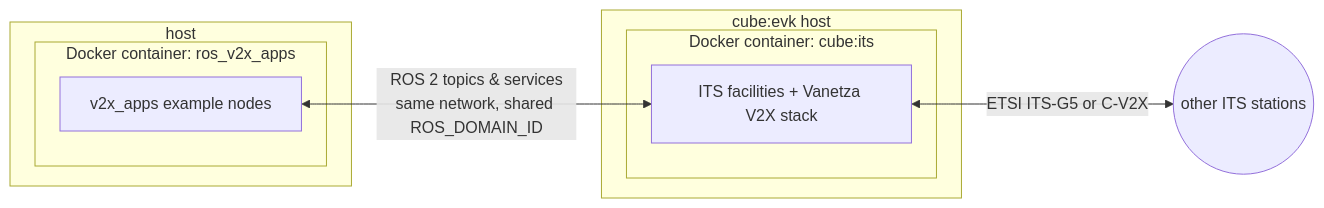
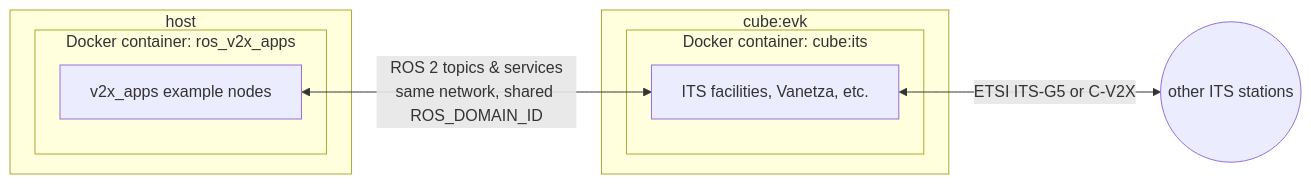
Before and after one commit to cubesys-GmbH/ros_v2x_apps: the diagram in README.md, drawn with Mermaid.

Commit message:
Fix formatting and improve clarity in README.md

````diff
--- a/README.md
+++ b/README.md
@@ -7,15 +7,15 @@
 ```mermaid
 flowchart LR
     subgraph dev["host"]
         subgraph d2["Docker container: ros_v2x_apps"]
             apps["v2x_apps example nodes"]
         end
     end
-    subgraph evk["cube:evk host"]
+    subgraph evk["cube:evk"]
         subgraph d1["Docker container: cube:its"]
-            cits["ITS facilities + Vanetza V2X stack"]
+            cits["ITS facilities, Vanetza, etc."]
         end
     end
     apps <-->|"ROS 2 topics & services<br/>same network, shared ROS_DOMAIN_ID"| cits
     cits <-->|"ETSI ITS-G5 or C-V2X"| ext(("other ITS stations"))
 ```
````
